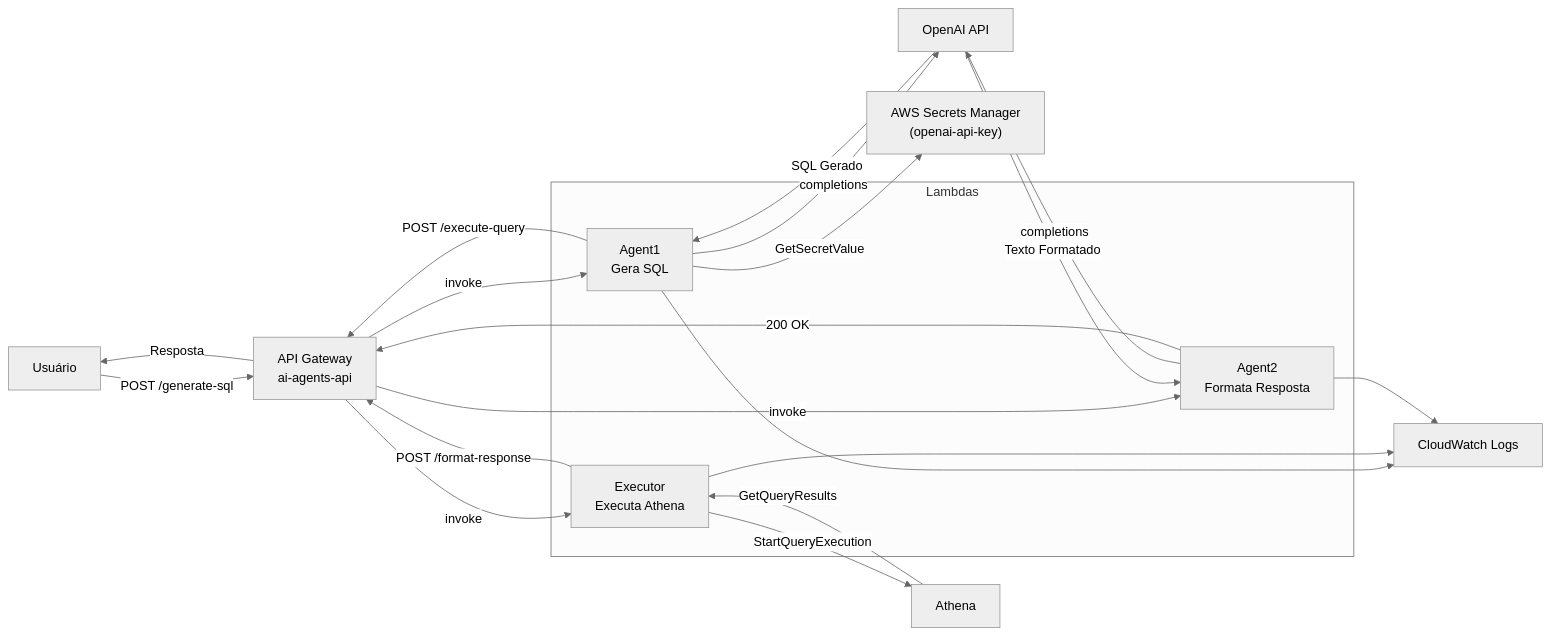
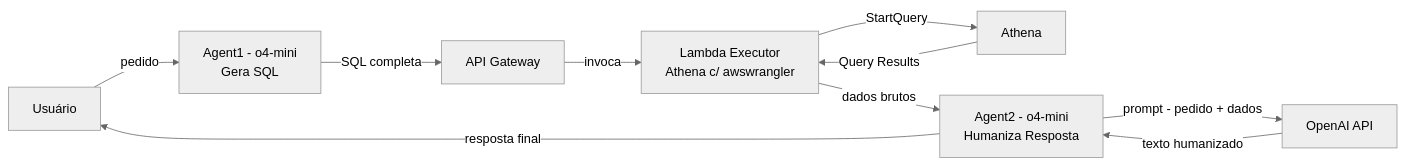
Before and after one commit to caio-andres/sql-executor-agent: the diagram in README.md, drawn with Mermaid (neutral theme). The commit also changed 5 other files, not shown here.

Commit message:
chore(Readme--Mermaid): README.md mermaid flow updated.

````diff
--- a/README.md
+++ b/README.md
@@ -5,32 +5,20 @@
 ```mermaid
 flowchart LR
   U[Usuário]
-  APIGW["API Gateway<br>ai-agents-api"]
-  subgraph Lambdas
-    L1["Agent1<br>Gera SQL"]
-    L2["Executor<br>Executa Athena"]
-    L3["Agent2<br>Formata Resposta"]
-  end
-  SM["AWS Secrets Manager<br>(openai-api-key)"]
+  A1[Agent1 - o4-mini<br/>Gera SQL]
+  APIGW[API Gateway]
+  Exec[Lambda Executor<br/>Athena c/ awswrangler]
+  ATH[Athena]
+  A2[Agent2 - o4-mini<br/>Humaniza Resposta]
   OAI[OpenAI API]
-  ATH[Athena]
-  CW[CloudWatch Logs]
 
-  U -->|POST /generate-sql| APIGW
-  APIGW -->|invoke| L1
-  L1 -->|GetSecretValue| SM
-  L1 -->|completions| OAI
-  OAI -->|SQL Gerado| L1
-  L1 -->|POST /execute-query| APIGW
-  APIGW -->|invoke| L2
-  L2 -->|StartQueryExecution| ATH
-  ATH -->|GetQueryResults| L2
-  L2 -->|POST /format-response| APIGW
-  APIGW -->|invoke| L3
-  L3 -->|completions| OAI
-  OAI -->|Texto Formatado| L3
-  L3 -->|200 OK| APIGW
-  APIGW -->|Resposta| U
-
-  L1 & L2 & L3 --> CW
+  U -->|pedido| A1
+  A1 -->|SQL completa| APIGW
+  APIGW -->|invoca| Exec
+  Exec -->|StartQuery| ATH
+  ATH -->|Query Results| Exec
+  Exec -->|dados brutos| A2
+  A2 -->|prompt - pedido + dados | OAI
+  OAI -->|texto humanizado| A2
+  A2 -->|resposta final| U
 ```
````
